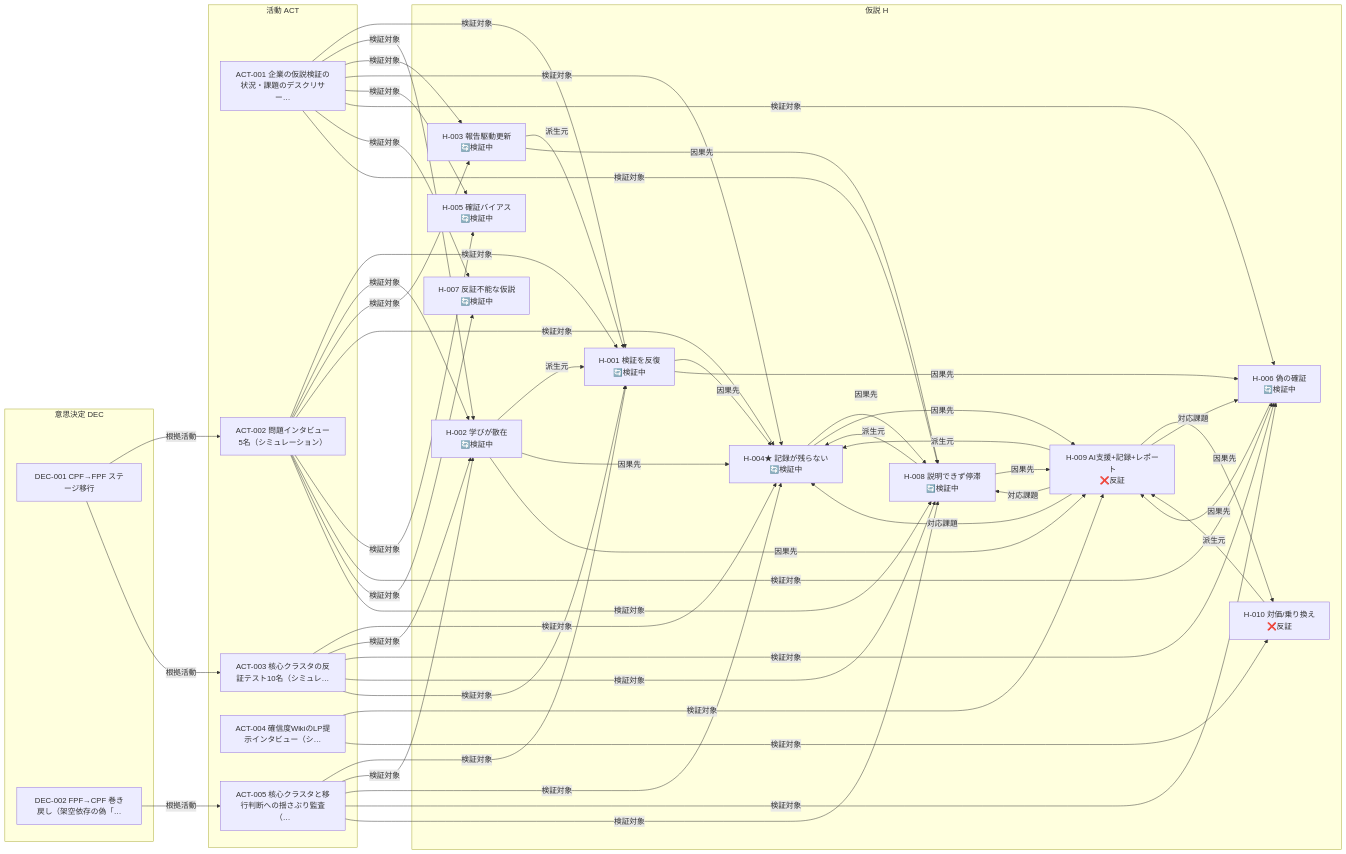
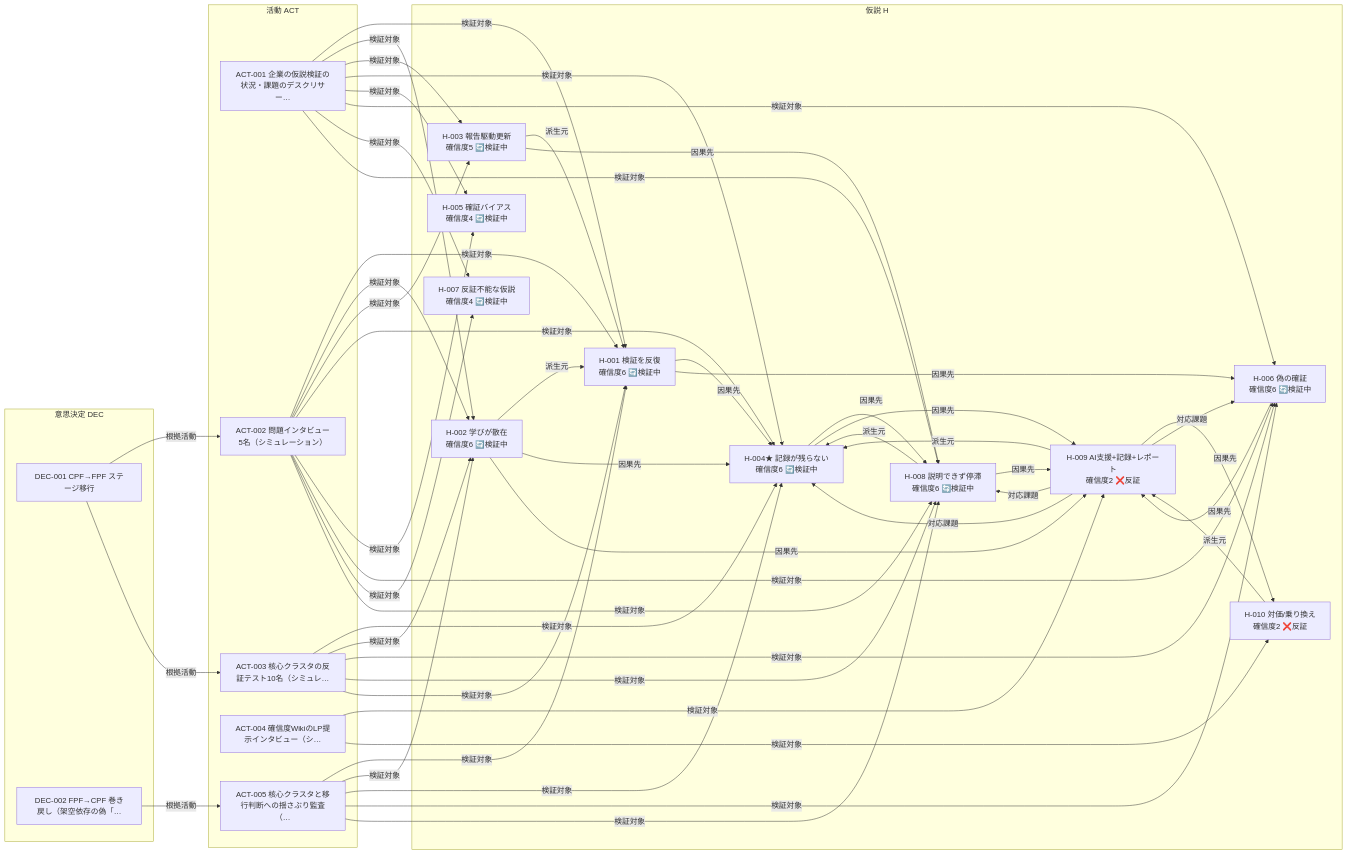
Before and after one commit to haru01/hypothesis-wiki: the diagram in projects/self/wiki/views/relations.md, drawn with Mermaid. The commit also changed other lines of this file and 2 other files, not shown here.

Commit message:
relations ビュー: 反証済み価値と確信度を可視化（chabudai 観点の実効化）
chabudai の連鎖観点の動作確認で見つかった relations ビューの欠落を修正。

- 修正B（盲点）: addresses フィット表が反証済みソリューションでも「カバー済み」と
  表示していた。反証の価値に ⚠️反証 を付し、「実質未カバー（反証された価値でしか
  対応されていない）」を新たに集計。self では H-004/006/008 が該当（唯一の価値 H-009 が反証）
- 修正C（usability）: 関係グラフのノードに確信度を表示（list ビューと同形式）。
  下流への反証伝播・派生系譜の発散の観点をビュー単体で回せるようにする

gen_relations のみの変更で list/board は不変。読み取り専用の射影で確信度・
ステータスは変更しない。

Claude-Session: https://claude.ai/code/session_019X7iExxYXnZYnN9Xw4wKUB

````diff
--- a/projects/self/wiki/views/relations.md
+++ b/projects/self/wiki/views/relations.md
@@ -10,75 +10,75 @@
 ```mermaid
 flowchart LR
     subgraph H["仮説 H"]
-      SELF_H_001["H-001 検証を反復<br/>🔄検証中"]
-      SELF_H_002["H-002 学びが散在<br/>🔄検証中"]
-      SELF_H_003["H-003 報告駆動更新<br/>🔄検証中"]
-      SELF_H_004["H-004★ 記録が残らない<br/>🔄検証中"]
-      SELF_H_005["H-005 確証バイアス<br/>🔄検証中"]
-      SELF_H_006["H-006 偽の確証<br/>🔄検証中"]
-      SELF_H_007["H-007 反証不能な仮説<br/>🔄検証中"]
-      SELF_H_008["H-008 説明できず停滞<br/>🔄検証中"]
-      SELF_H_009["H-009 AI支援+記録+レポート<br/>❌反証"]
-      SELF_H_010["H-010 対価/乗り換え<br/>❌反証"]
+      SELF_H_001["H-001 検証を反復<br/>確信度6 🔄検証中"]
+      SELF_H_002["H-002 学びが散在<br/>確信度6 🔄検証中"]
+      SELF_H_003["H-003 報告駆動更新<br/>確信度5 🔄検証中"]
+      SELF_H_004["H-004★ 記録が残らない<br/>確信度6 🔄検証中"]
+      SELF_H_005["H-005 確証バイアス<br/>確信度4 🔄検証中"]
+      SELF_H_006["H-006 偽の確証<br/>確信度6 🔄検証中"]
+      SELF_H_007["H-007 反証不能な仮説<br/>確信度4 🔄検証中"]
+      SELF_H_008["H-008 説明できず停滞<br/>確信度6 🔄検証中"]
+      SELF_H_009["H-009 AI支援+記録+レポート<br/>確信度2 ❌反証"]
+      SELF_H_010["H-010 対価/乗り換え<br/>確信度2 ❌反証"]
     end
     subgraph ACT["活動 ACT"]
       SELF_ACT_001["ACT-001 企業の仮説検証の状況・課題のデスクリサー…"]
       SELF_ACT_002["ACT-002 問題インタビュー5名（シミュレーション）"]
       SELF_ACT_003["ACT-003 核心クラスタの反証テスト10名（シミュレ…"]
       SELF_ACT_004["ACT-004 確信度WikiのLP提示インタビュー（シ…"]
       SELF_ACT_005["ACT-005 核心クラスタと移行判断への揺さぶり監査（…"]
     end
     subgraph DEC["意思決定 DEC"]
       SELF_DEC_001["DEC-001 CPF→FPF ステージ移行"]
       SELF_DEC_002["DEC-002 FPF→CPF 巻き戻し（架空依存の偽「…"]
     end
     SELF_H_001 -->|因果先| SELF_H_004
     SELF_H_001 -->|因果先| SELF_H_006
     SELF_H_002 -->|派生元| SELF_H_001
     SELF_H_002 -->|因果先| SELF_H_004
     SELF_H_002 -->|因果先| SELF_H_009
     SELF_H_003 -->|派生元| SELF_H_001
     SELF_H_003 -->|因果先| SELF_H_008
     SELF_H_004 -->|因果先| SELF_H_008
     SELF_H_004 -->|因果先| SELF_H_009
     SELF_H_006 -->|因果先| SELF_H_009
     SELF_H_008 -->|派生元| SELF_H_004
     SELF_H_008 -->|因果先| SELF_H_009
     SELF_H_009 -->|派生元| SELF_H_004
     SELF_H_009 -->|因果先| SELF_H_010
     SELF_H_009 -->|対応課題| SELF_H_004
     SELF_H_009 -->|対応課題| SELF_H_006
     SELF_H_009 -->|対応課題| SELF_H_008
     SELF_H_010 -->|派生元| SELF_H_009
     SELF_ACT_001 -->|検証対象| SELF_H_001
     SELF_ACT_001 -->|検証対象| SELF_H_002
     SELF_ACT_001 -->|検証対象| SELF_H_003
     SELF_ACT_001 -->|検証対象| SELF_H_004
     SELF_ACT_001 -->|検証対象| SELF_H_005
     SELF_ACT_001 -->|検証対象| SELF_H_006
     SELF_ACT_001 -->|検証対象| SELF_H_007
     SELF_ACT_001 -->|検証対象| SELF_H_008
     SELF_ACT_002 -->|検証対象| SELF_H_001
     SELF_ACT_002 -->|検証対象| SELF_H_002
     SELF_ACT_002 -->|検証対象| SELF_H_003
     SELF_ACT_002 -->|検証対象| SELF_H_004
     SELF_ACT_002 -->|検証対象| SELF_H_005
     SELF_ACT_002 -->|検証対象| SELF_H_006
     SELF_ACT_002 -->|検証対象| SELF_H_007
     SELF_ACT_002 -->|検証対象| SELF_H_008
     SELF_ACT_003 -->|検証対象| SELF_H_004
     SELF_ACT_003 -->|検証対象| SELF_H_002
     SELF_ACT_003 -->|検証対象| SELF_H_006
     SELF_ACT_003 -->|検証対象| SELF_H_008
     SELF_ACT_003 -->|検証対象| SELF_H_001
     SELF_ACT_004 -->|検証対象| SELF_H_009
     SELF_ACT_004 -->|検証対象| SELF_H_010
     SELF_ACT_005 -->|検証対象| SELF_H_001
     SELF_ACT_005 -->|検証対象| SELF_H_002
     SELF_ACT_005 -->|検証対象| SELF_H_004
     SELF_ACT_005 -->|検証対象| SELF_H_006
     SELF_ACT_005 -->|検証対象| SELF_H_008
     SELF_DEC_001 -->|根拠活動| SELF_ACT_002
     SELF_DEC_001 -->|根拠活動| SELF_ACT_003
     SELF_DEC_002 -->|根拠活動| SELF_ACT_005
 ```
````
